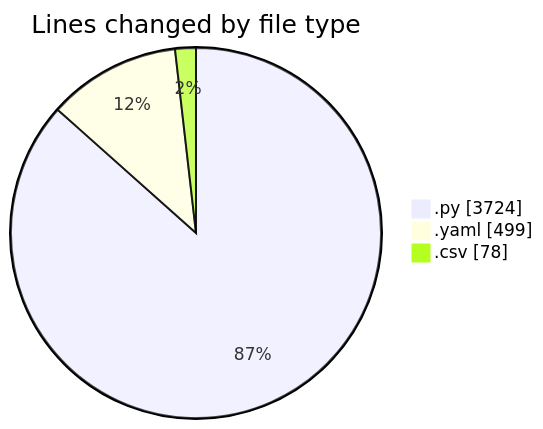
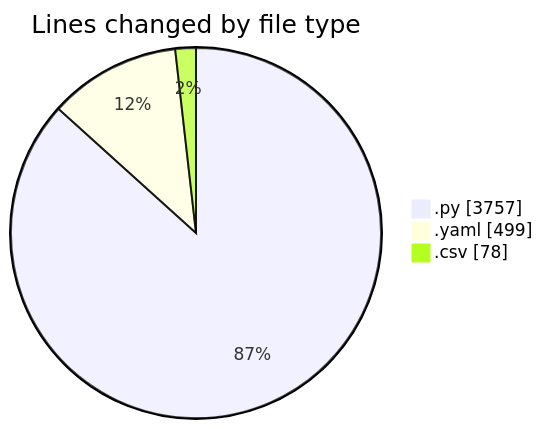
The first of 2 diagrams in 2025-03-01/myws__workspace_/README.md (MatusMokan/code-tracking), drawn with Mermaid before and after one commit. The commit also changed other lines of this file and 1 other file, not shown here.

````diff
--- a/2025-03-01/myws__workspace_/README.md
+++ b/2025-03-01/myws__workspace_/README.md
@@ -30,7 +30,7 @@
 ```mermaid
 pie showData
 title Lines changed by file type
-".py" : 3724
+".py" : 3757
 ".yaml" : 499
 ".csv" : 78
 ```
````
